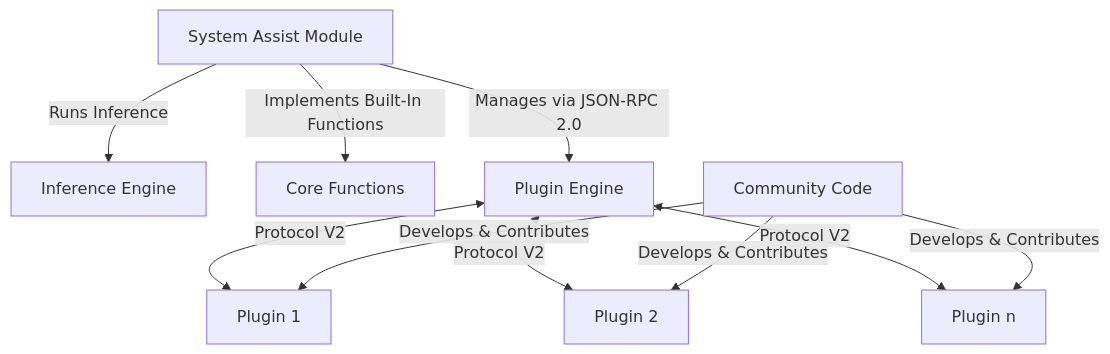
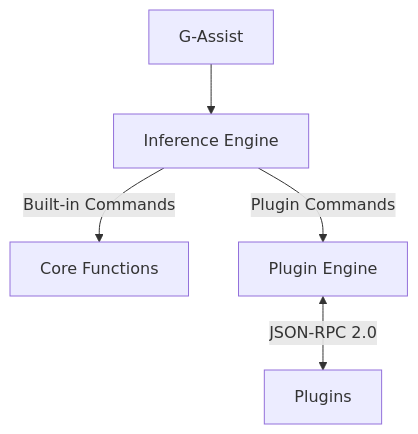
Before and after one commit to NVIDIA/G-Assist: the diagram in README.md, drawn with Mermaid. The commit also changed other lines of this file, not shown here.

Commit message:
Update README architecture diagram and add hello-world examples

````diff
--- a/README.md
+++ b/README.md
@@ -141,14 +142,7 @@
 ```mermaid
 flowchart TD
-    A[System Assist Module]
-    A -->|Runs Inference| B[Inference Engine]
-    A -->|Implements Built-In Functions| C[Core Functions]
-    A -->|Manages via JSON-RPC 2.0| D[Plugin Engine]
-    D <-->|Protocol V2| E[Plugin 1]
-    D <-->|Protocol V2| F[Plugin 2]
-    D <-->|Protocol V2| G[Plugin n]
-    H[Community Code]
-    H -->|Develops & Contributes| E
-    H -->|Develops & Contributes| F
-    H -->|Develops & Contributes| G
+    A[G-Assist] --> B[Inference Engine]
+    B -->|Built-in Commands| C[Core Functions]
+    B -->|Plugin Commands| D[Plugin Engine]
+    D <-->|JSON-RPC 2.0| E[Plugins]
 ```
````
